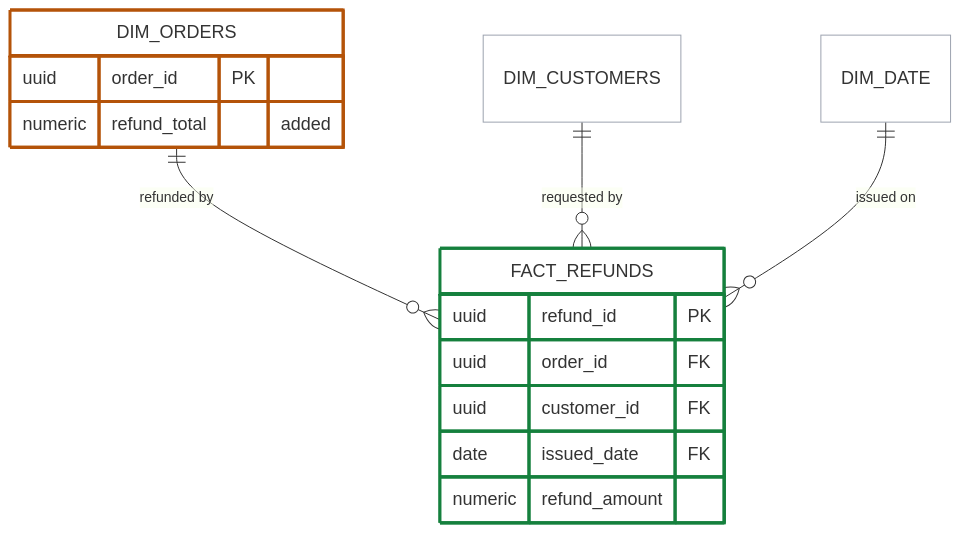
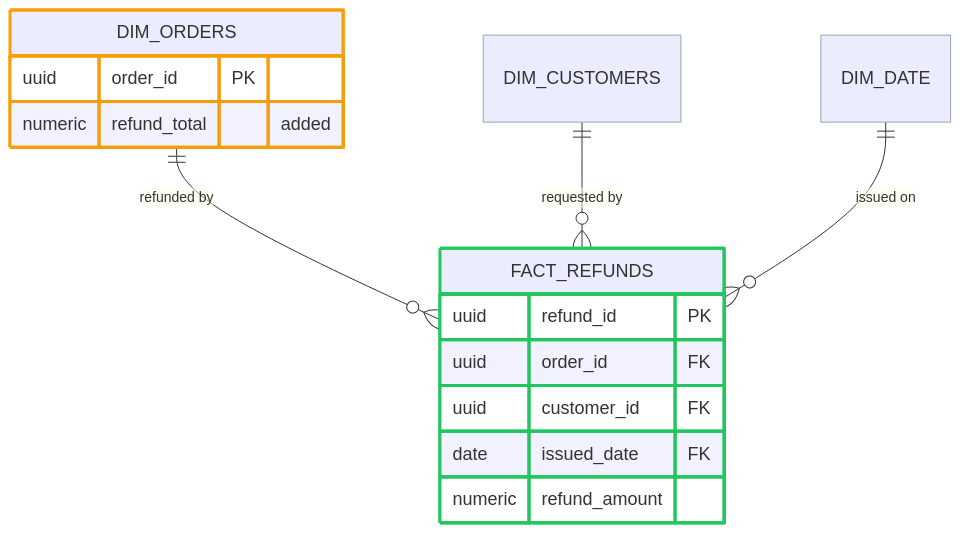
The second of 2 diagrams in README.md (zachloertscher/claude-tools), drawn with Mermaid before and after one commit. The commit also changed other lines of this file and 1 other file, not shown here.

First line of the commit message:
Fix ERD unreadable in GitHub dark mode

````diff
--- a/README.md
+++ b/README.md
@@ -82,28 +82,28 @@
 ```mermaid
 %%{init: {'themeVariables': {'fontSize':'18px'}}}%%
 erDiagram
-    classDef newNode      fill:#ffffff,stroke:#15803d,stroke-width:3px
-    classDef changedNode  fill:#ffffff,stroke:#b45309,stroke-width:3px
-    classDef existingNode fill:#ffffff,stroke:#9ca3af,stroke-width:1px
+    classDef newNode      stroke:#22c55e,stroke-width:3px
+    classDef changedNode  stroke:#f59e0b,stroke-width:3px
+    classDef existingNode stroke:#9ca3af,stroke-width:1px
 
     DIM_ORDERS    ||--o{ FACT_REFUNDS : "refunded by"
     DIM_CUSTOMERS ||--o{ FACT_REFUNDS : "requested by"
     DIM_DATE      ||--o{ FACT_REFUNDS : "issued on"
 
     FACT_REFUNDS {
         uuid refund_id PK
         uuid order_id FK
         uuid customer_id FK
         date issued_date FK
         numeric refund_amount
     }
     DIM_ORDERS {
         uuid order_id PK
         numeric refund_total "added"
     }
 
     FACT_REFUNDS:::newNode
     DIM_ORDERS:::changedNode
     DIM_CUSTOMERS:::existingNode
     DIM_DATE:::existingNode
 ```
````
